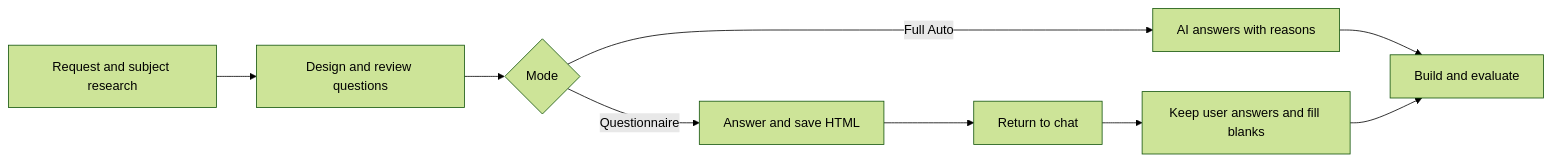
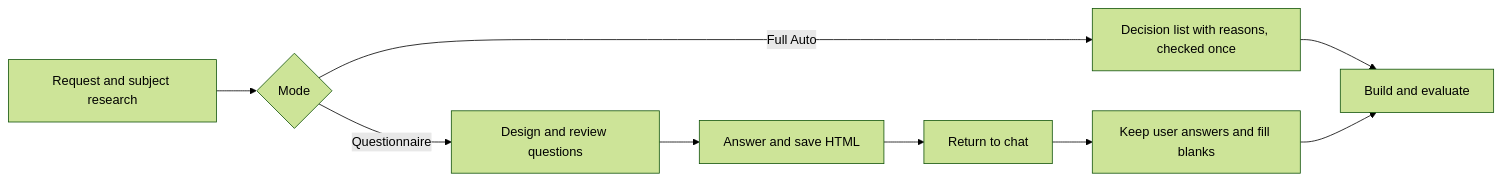
Before and after one commit to Bravery724/any-skill-builder: the diagram in README.md, drawn with Mermaid (forest theme). The commit also changed other lines of this file and 43 other files, not shown here.

First line of the commit message:
Release v0.5.0 with decision-list Full Auto and harder evaluation

````diff
--- a/README.md
+++ b/README.md
@@ -124,11 +162,11 @@
 ```mermaid
 flowchart LR
-    A[Request and subject research] --> B[Design and review questions]
-    B --> C{Mode}
-    C -->|Full Auto| D[AI answers with reasons]
-    C -->|Questionnaire| E[Answer and save HTML]
+    A[Request and subject research] --> C{Mode}
+    C -->|Full Auto| D[Decision list with reasons, checked once]
+    C -->|Questionnaire| B[Design and review questions]
+    B --> E[Answer and save HTML]
     E --> F[Return to chat]
     F --> G[Keep user answers and fill blanks]
     D --> H[Build and evaluate]
     G --> H
 ```
````
